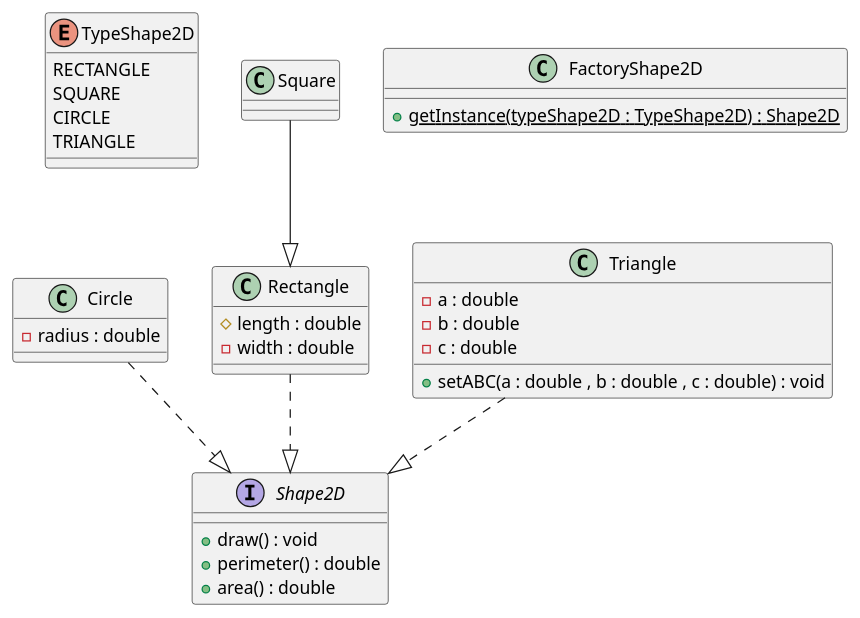
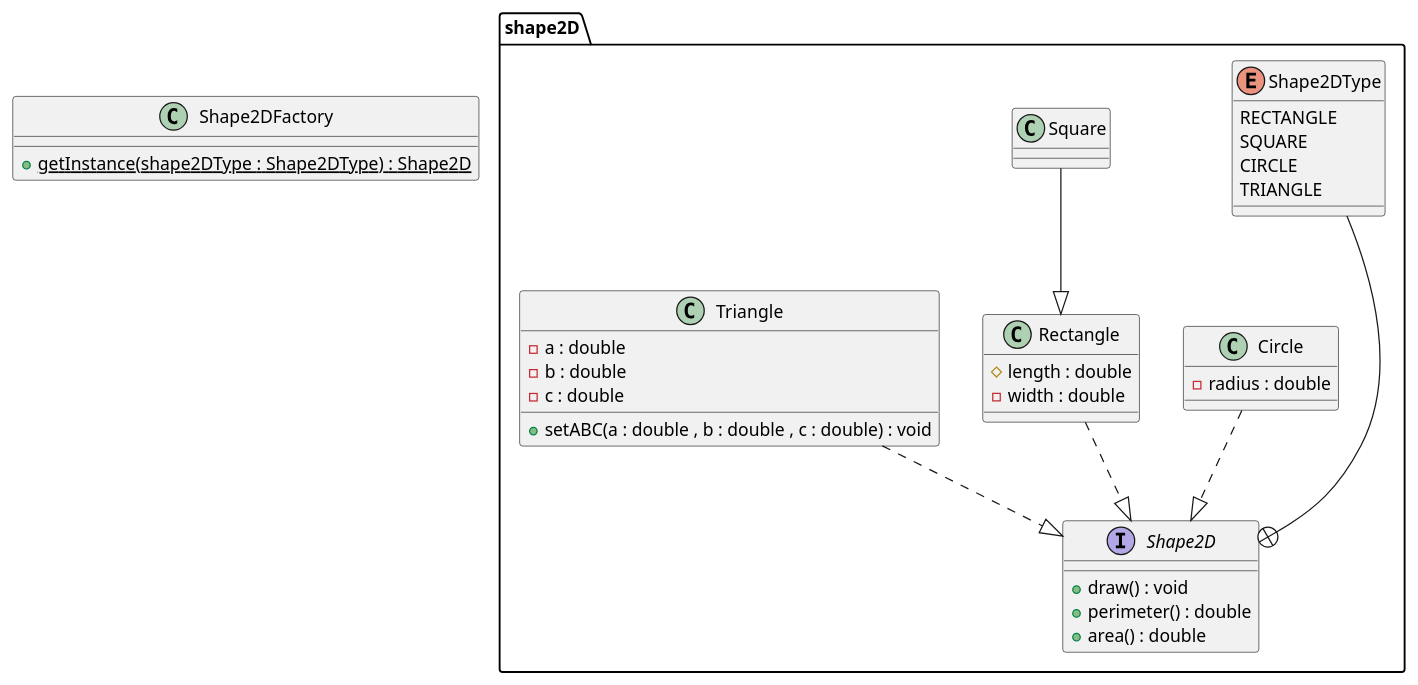
The diagram in src/main/java/com/rezahdrm/creational/factorymethod/classDiagram.puml (reza-hdrm/DesignPatterns), drawn with PlantUML before and after one commit. The commit also changed 22 other files, not shown here.

```diff
--- a/src/main/java/com/rezahdrm/creational/factorymethod/classDiagram.puml
+++ b/src/main/java/com/rezahdrm/creational/factorymethod/classDiagram.puml
@@ -1,41 +1,46 @@
 @startuml
-enum TypeShape2D{
-    RECTANGLE
-    SQUARE
-    CIRCLE
-    TRIANGLE
+package shape2D{
+    enum Shape2DType{
+        RECTANGLE
+        SQUARE
+        CIRCLE
+        TRIANGLE
+    }
+    interface Shape2D{
+        + draw() : void
+        + perimeter() : double
+        + area() : double
+    }
+
+    class Circle{
+    - radius : double
+    }
+
+    class Rectangle{
+    # length : double
+    - width : double
+    }
+
+    class Square{
+
+    }
+    class Triangle{
+        - a : double
+        - b : double
+        - c : double
+
+        + setABC(a : double , b : double , c : double) : void
+    }
+    Circle ..|> Shape2D
+    Rectangle ..|> Shape2D
+    Square --|> Rectangle
+    Triangle ..|> Shape2D
+    Shape2DType ---+ Shape2D
+
 }
-interface Shape2D{
-    + draw() : void
-    + perimeter() : double
-    + area() : double
+class Shape2DFactory{
+ + getInstance(shape2DType : Shape2DType) : Shape2D {static}
 }
 
-class Circle{
-- radius : double
-}
-
-class Rectangle{
-# length : double
-- width : double
-}
-
-class Square{
-
-}
-class Triangle{
-    - a : double
-    - b : double
-    - c : double
-
-    + setABC(a : double , b : double , c : double) : void
-}
-class FactoryShape2D{
- + getInstance(typeShape2D : TypeShape2D) : Shape2D {static}
-}
-Circle ..|> Shape2D
-Rectangle ..|> Shape2D
-Square --|> Rectangle
-Triangle ..|> Shape2D
 
 @enduml
```
